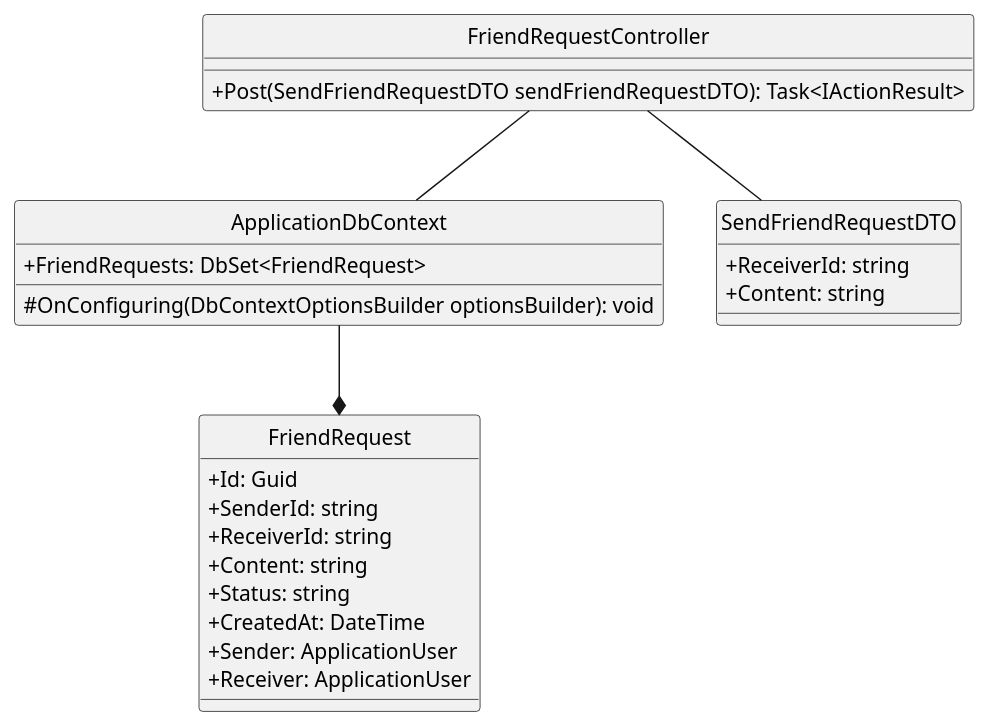
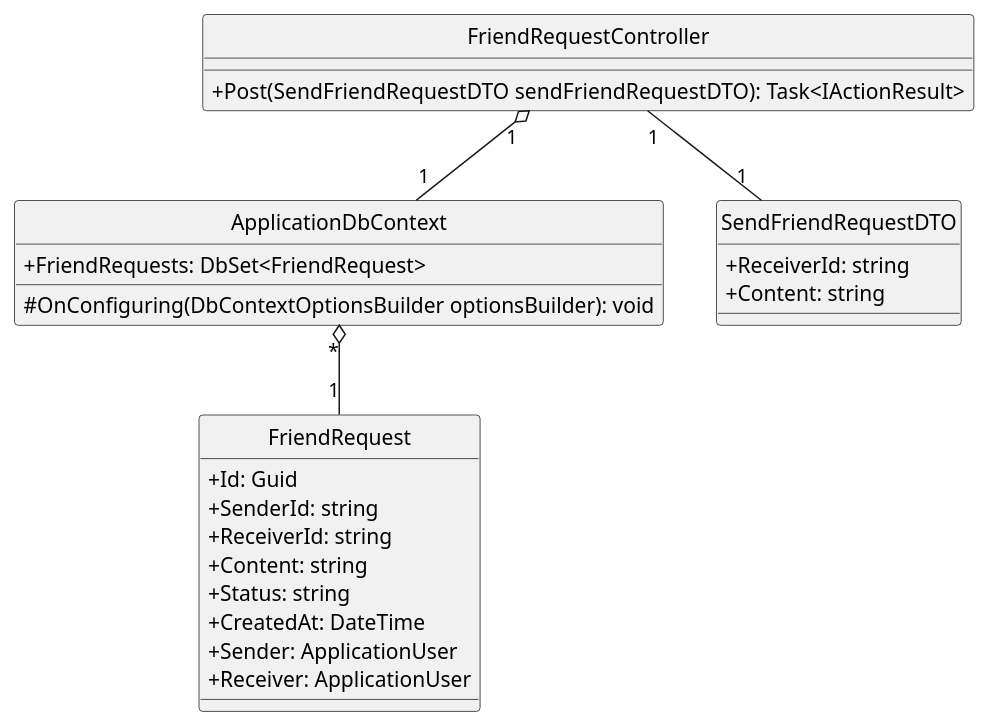
The diagram in docs/Class Diagram/Identity/SendFriendRequest/ClassDiagram.plantuml (Carl-Johnsons/Chat-Application), drawn with PlantUML before and after one commit. The commit also changed 13 other files, not shown here.

Commit message:
edit and export identity diagram to png

```diff
--- a/docs/Class Diagram/Identity/SendFriendRequest/ClassDiagram.plantuml
+++ b/docs/Class Diagram/Identity/SendFriendRequest/ClassDiagram.plantuml
@@ -1,33 +1,33 @@
 @startuml sendFriendRequest
 hide circle
 skinparam classAttributeIconSize 0
 class FriendRequestController {
     + Post(SendFriendRequestDTO sendFriendRequestDTO): Task<IActionResult>
 }
 
 class ApplicationDbContext {
     +FriendRequests: DbSet<FriendRequest> 
     #OnConfiguring(DbContextOptionsBuilder optionsBuilder): void
 }
 
 
 class SendFriendRequestDTO {
     +ReceiverId: string
     +Content: string
 }
 
 class FriendRequest {
     +Id: Guid
     +SenderId: string
     +ReceiverId: string
     +Content: string
     +Status: string
     +CreatedAt: DateTime
     +Sender: ApplicationUser
     +Receiver: ApplicationUser
 }
 
-FriendRequestController -- ApplicationDbContext
-FriendRequestController -- SendFriendRequestDTO
-ApplicationDbContext --* FriendRequest
+FriendRequestController "1" o--"1" ApplicationDbContext
+FriendRequestController "1"--"1" SendFriendRequestDTO
+ApplicationDbContext "*" o--"1" FriendRequest
 @enduml
```
